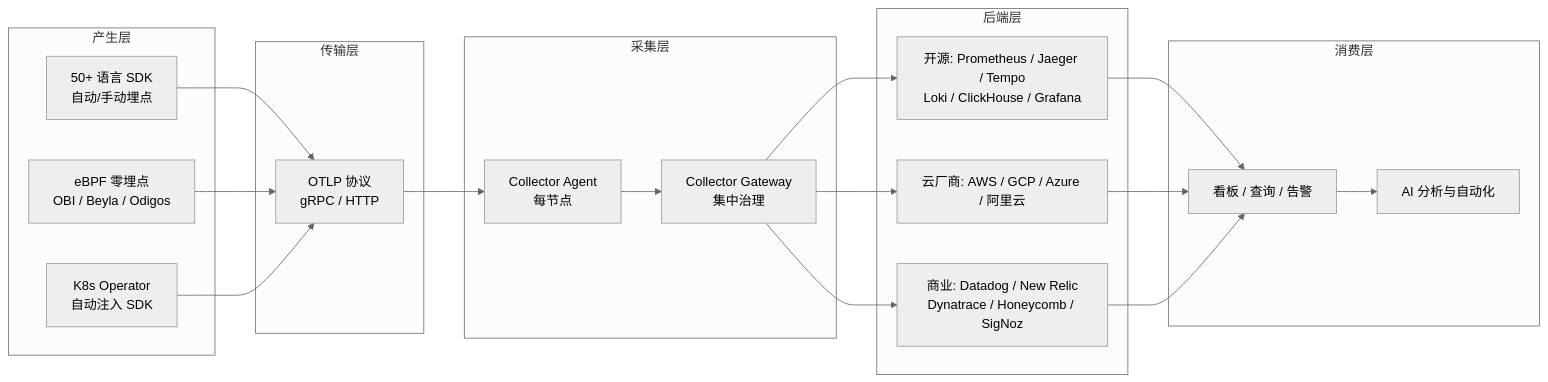
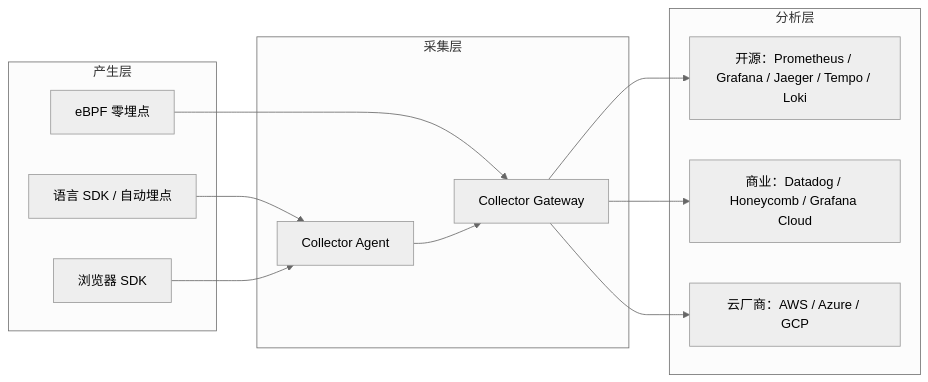
The diagram in apps/web/articles/zh/opentelemetry-guide-part-3.mdx (zhangshichuan/maxzhang.site), drawn with Mermaid (neutral theme) before and after one commit. The commit also changed other lines of this file and 2 other files, not shown here.

````diff
--- a/apps/web/articles/zh/opentelemetry-guide-part-3.mdx
+++ b/apps/web/articles/zh/opentelemetry-guide-part-3.mdx
@@ -41,41 +15,24 @@
 ```mermaid
 flowchart LR
-  subgraph 产生["产生层"]
-    SDK["50+ 语言 SDK<br/>自动/手动埋点"]
-    EBPF["eBPF 零埋点<br/>OBI / Beyla / Odigos"]
-    K8S["K8s Operator<br/>自动注入 SDK"]
+  subgraph 产生层
+    SDK["语言 SDK / 自动埋点"]
+    RUM["浏览器 SDK"]
+    EB["eBPF 零埋点"]
   end
-
-  subgraph 传输["传输层"]
-    OTLP["OTLP 协议<br/>gRPC / HTTP"]
+  subgraph 采集层
+    AG["Collector Agent"]
+    GW["Collector Gateway"]
   end
-
-  subgraph 采集["采集层"]
-    AG["Collector Agent<br/>每节点"]
-    GW["Collector Gateway<br/>集中治理"]
+  subgraph 分析层
+    OSS["开源：Prometheus / Grafana / Jaeger / Tempo / Loki"]
+    SAAS["商业：Datadog / Honeycomb / Grafana Cloud"]
+    CLOUD["云厂商：AWS / Azure / GCP"]
   end
-
-  subgraph 后端["后端层"]
-    OSS["开源: Prometheus / Jaeger / Tempo<br/>Loki / ClickHouse / Grafana"]
-    CLOUD["云厂商: AWS / GCP / Azure / 阿里云"]
-    COMM["商业: Datadog / New Relic<br/>Dynatrace / Honeycomb / SigNoz"]
-  end
-
-  subgraph 消费["消费层"]
-    UI["看板 / 查询 / 告警"]
-    AI["AI 分析与自动化"]
-  end
-
-  SDK --> OTLP
-  EBPF --> OTLP
-  K8S --> OTLP
-  OTLP --> AG
+  SDK --> AG
+  RUM --> AG
+  EB --> GW
   AG --> GW
   GW --> OSS
+  GW --> SAAS
   GW --> CLOUD
-  GW --> COMM
-  OSS --> UI
-  CLOUD --> UI
-  COMM --> UI
-  UI --> AI
 ```
````
